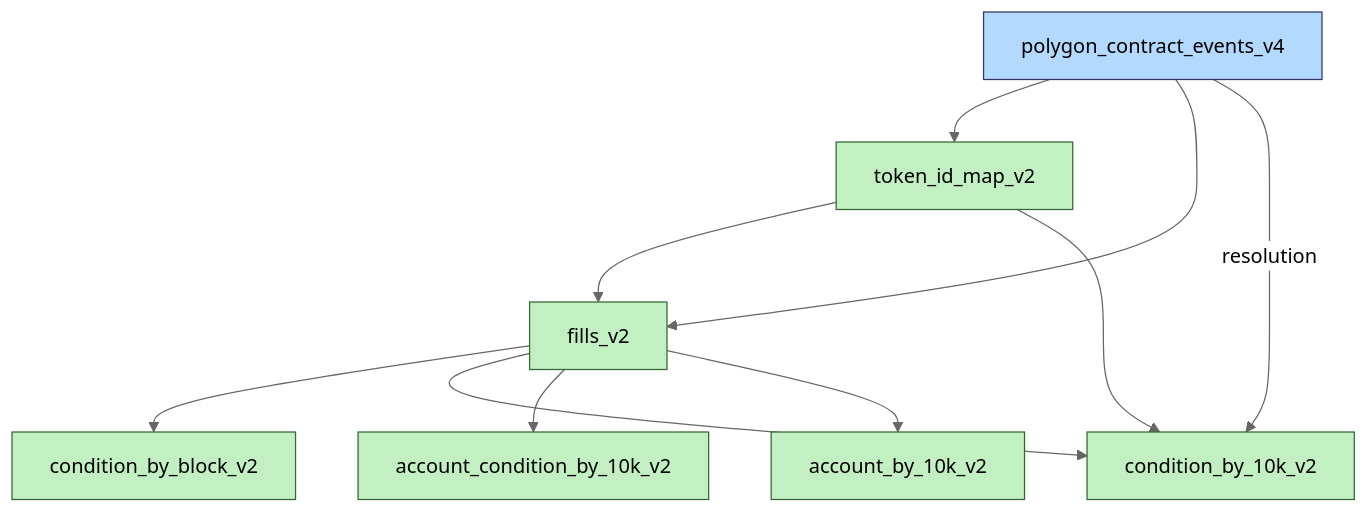
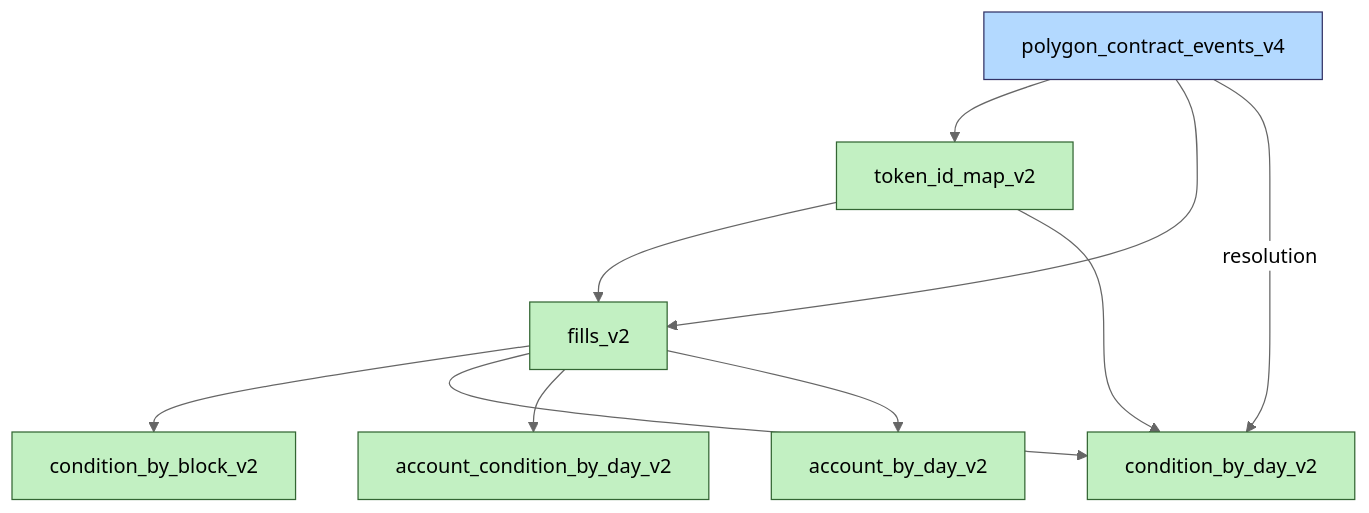
One commit to fulldecent/polymarket-quant-desk changed the diagram in docs/Data catalog.md. Above: the diagram before and after it, drawn with Mermaid (neutral theme). The commit also changed other lines of this file and 88 other files, not shown here.

````diff
--- a/docs/Data catalog.md
+++ b/docs/Data catalog.md
@@ -9,18 +9,18 @@
 ```mermaid
 graph TD
     polygon_contract_events_v4 --> token_id_map_v2
     polygon_contract_events_v4 --> fills_v2
     token_id_map_v2 --> fills_v2
     fills_v2 --> condition_by_block_v2
-    fills_v2 --> condition_by_10k_v2
-    polygon_contract_events_v4 --resolution--> condition_by_10k_v2
-    token_id_map_v2 --> condition_by_10k_v2
-    fills_v2 --> account_condition_by_10k_v2
-    fills_v2 --> account_by_10k_v2
+    fills_v2 --> condition_by_day_v2
+    polygon_contract_events_v4 --resolution--> condition_by_day_v2
+    token_id_map_v2 --> condition_by_day_v2
+    fills_v2 --> account_condition_by_day_v2
+    fills_v2 --> account_by_day_v2
 
     classDef raw fill:#b3d9ff,stroke:#336
     classDef immutable fill:#c2f0c2,stroke:#363
 
     class polygon_contract_events_v4 raw
-    class token_id_map_v2,fills_v2,condition_by_block_v2,condition_by_10k_v2,account_condition_by_10k_v2,account_by_10k_v2 immutable
+    class token_id_map_v2,fills_v2,condition_by_block_v2,condition_by_day_v2,account_condition_by_day_v2,account_by_day_v2 immutable
 ```
````
